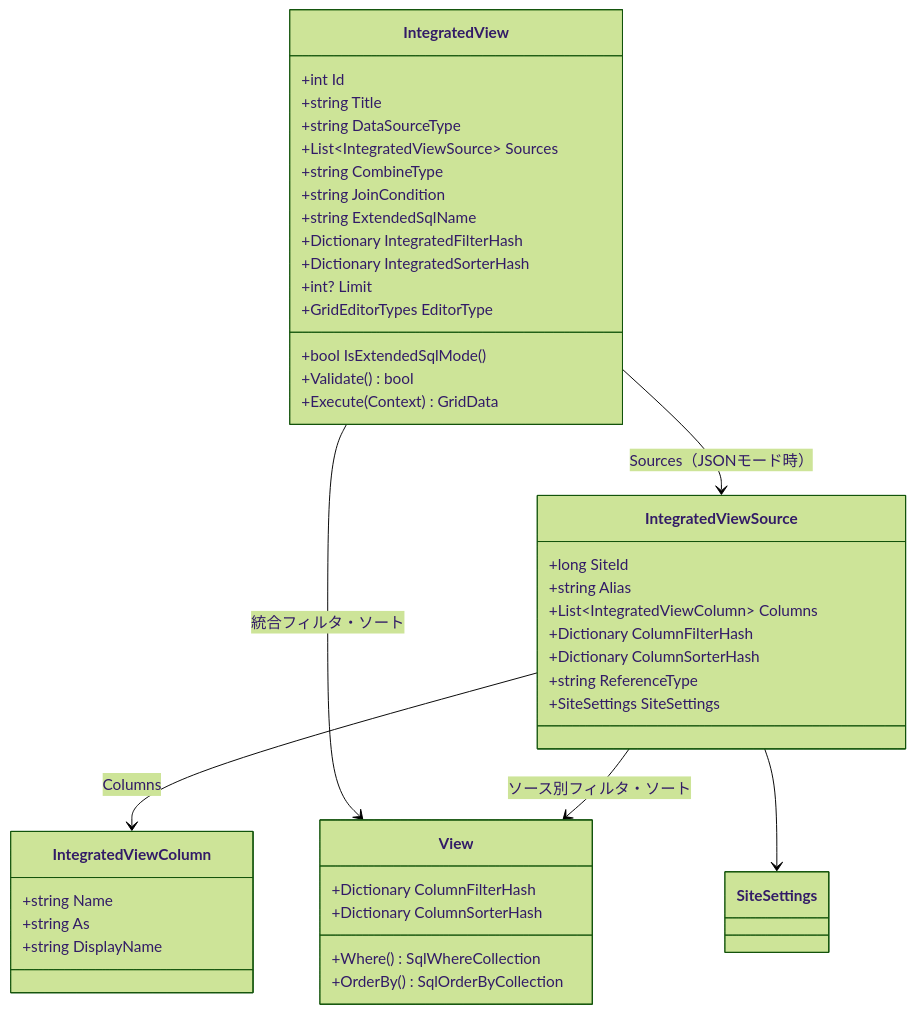
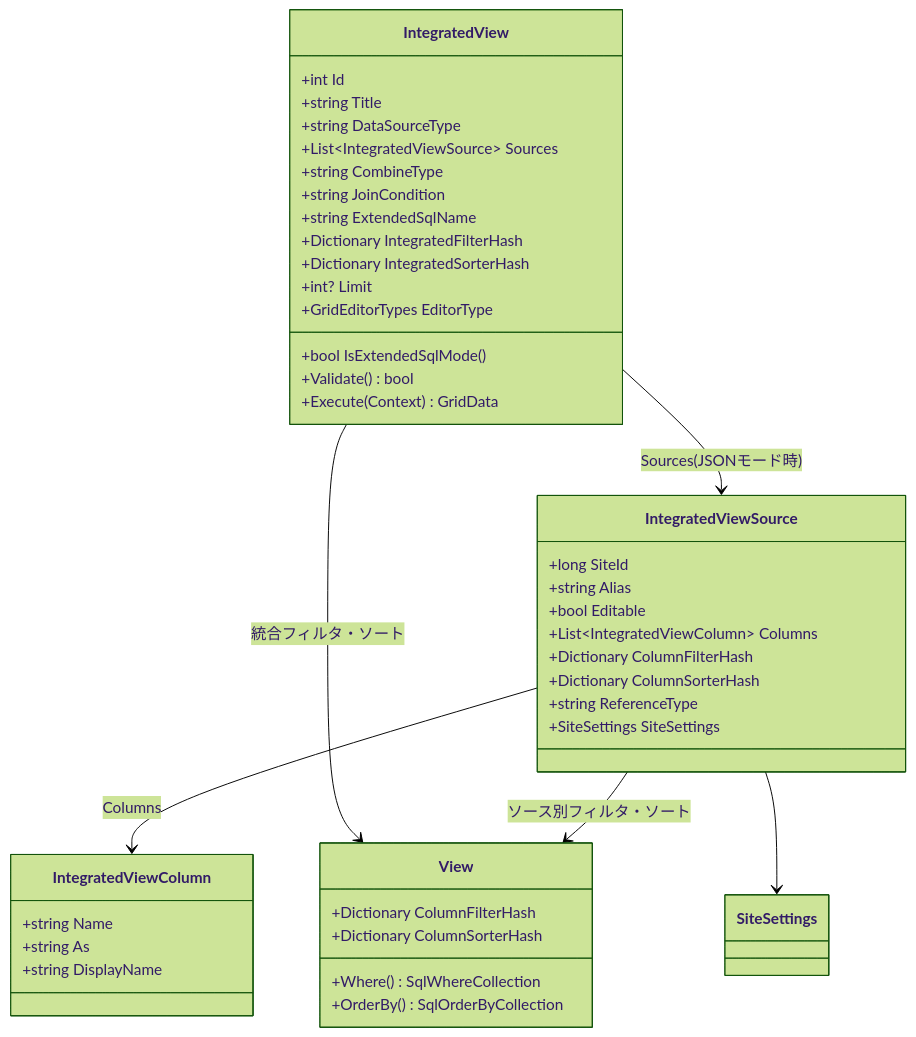
Before and after one commit to vehiclevisionjp/VehicleVision.Pleasanter.ResearchDocuments: the ninth of 16 diagrams in docs/research/06-一覧・ビュー/007-複数テーブル統合ビュー.md, drawn with Mermaid (forest theme). The commit also changed other lines of this file, not shown here.

Commit message:
docs: mermaid修正、編集対象サイトのJSON定義(Editable)追加、拡張SQLのフィルタ・ソートを対象外に変更

````diff
--- a/docs/research/06-一覧・ビュー/007-複数テーブル統合ビュー.md
+++ b/docs/research/06-一覧・ビュー/007-複数テーブル統合ビュー.md
@@ -849,48 +849,49 @@
 ```mermaid
 classDiagram
     class IntegratedView {
         +int Id
         +string Title
         +string DataSourceType
         +List~IntegratedViewSource~ Sources
         +string CombineType
         +string JoinCondition
         +string ExtendedSqlName
         +Dictionary IntegratedFilterHash
         +Dictionary IntegratedSorterHash
         +int? Limit
         +GridEditorTypes EditorType
         +bool IsExtendedSqlMode()
         +Validate() bool
         +Execute(Context) GridData
     }
 
     class IntegratedViewSource {
         +long SiteId
         +string Alias
+        +bool Editable
         +List~IntegratedViewColumn~ Columns
         +Dictionary ColumnFilterHash
         +Dictionary ColumnSorterHash
         +string ReferenceType
         +SiteSettings SiteSettings
     }
 
     class IntegratedViewColumn {
         +string Name
         +string As
         +string DisplayName
     }
 
     class View {
         +Dictionary ColumnFilterHash
         +Dictionary ColumnSorterHash
         +Where() SqlWhereCollection
         +OrderBy() SqlOrderByCollection
     }
 
-    IntegratedView --> IntegratedViewSource : Sources（JSONモード時）
+    IntegratedView --> IntegratedViewSource : Sources(JSONモード時)
     IntegratedView --> View : 統合フィルタ・ソート
     IntegratedViewSource --> IntegratedViewColumn : Columns
     IntegratedViewSource --> View : ソース別フィルタ・ソート
     IntegratedViewSource --> SiteSettings
 ```
````
